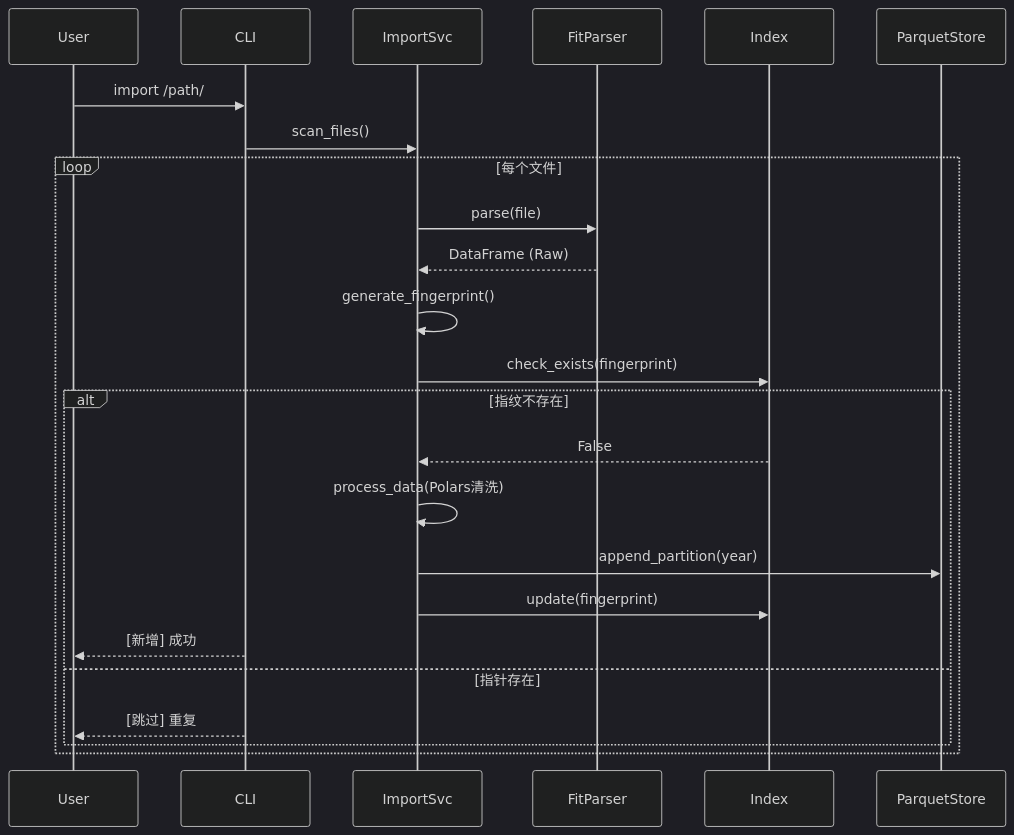
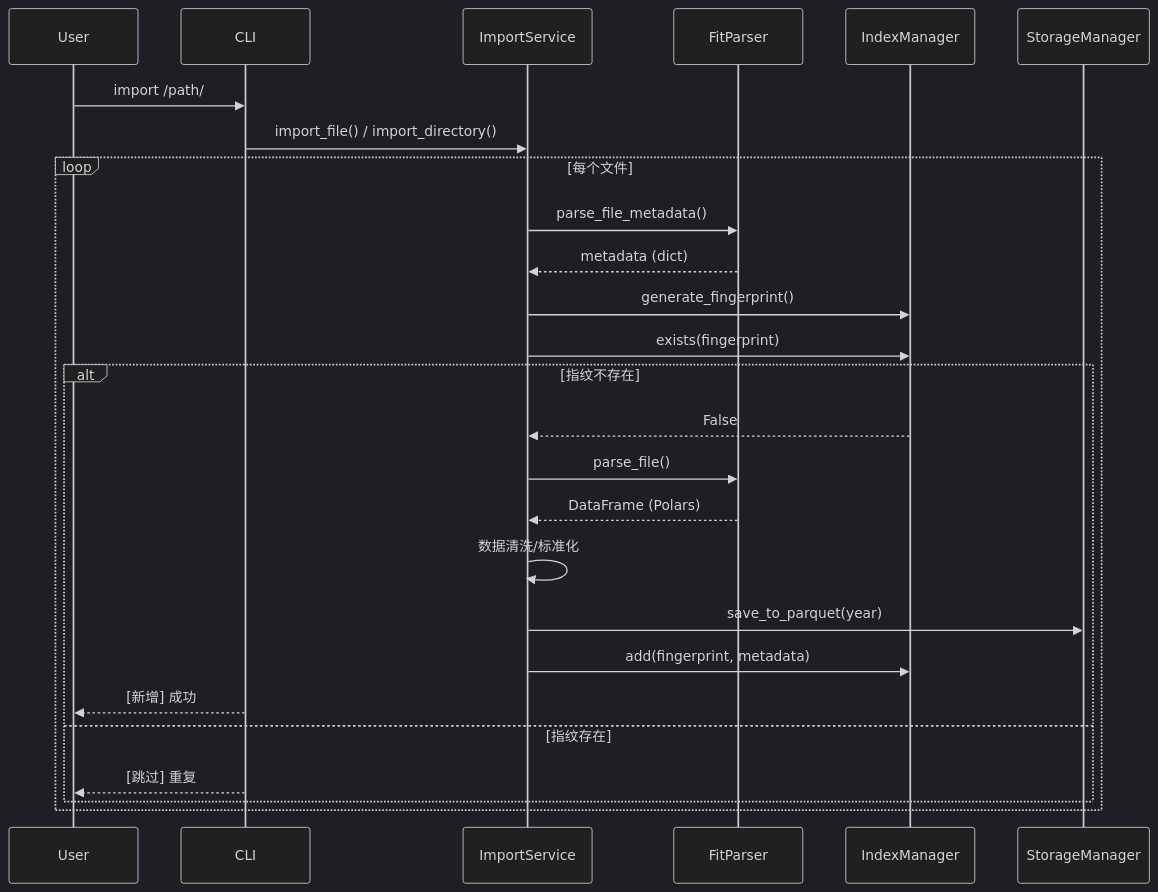
One commit to yecllsl/nanobot-runner changed the second of 2 diagrams in docs/architecture/ARC_架构设计.md. Above: the diagram before and after it, drawn with Mermaid (dark theme). The commit also changed other lines of this file and 4 other files, not shown here.

````diff
--- a/docs/architecture/ARC_架构设计.md
+++ b/docs/architecture/ARC_架构设计.md
@@ -86,29 +95,31 @@
 ```mermaid
 sequenceDiagram
     participant User
     participant CLI
-    participant ImportSvc
+    participant ImportSvc as ImportService
     participant FitParser
-    participant Index
-    participant ParquetStore
+    participant Index as IndexManager
+    participant ParquetStore as StorageManager
     User->>CLI: import /path/
-    CLI->>ImportSvc: scan_files()
+    CLI->>ImportSvc: import_file() / import_directory()
     
     loop 每个文件
-        ImportSvc->>FitParser: parse(file)
-        FitParser-->>ImportSvc: DataFrame (Raw)
+        ImportSvc->>FitParser: parse_file_metadata()
+        FitParser-->>ImportSvc: metadata (dict)
         
-        ImportSvc->>ImportSvc: generate_fingerprint()
-        ImportSvc->>Index: check_exists(fingerprint)
+        ImportSvc->>Index: generate_fingerprint()
+        ImportSvc->>Index: exists(fingerprint)
         
         alt 指纹不存在
             Index-->>ImportSvc: False
-            ImportSvc->>ImportSvc: process_data(Polars清洗)
-            ImportSvc->>ParquetStore: append_partition(year)
-            ImportSvc->>Index: update(fingerprint)
+            ImportSvc->>FitParser: parse_file()
+            FitParser-->>ImportSvc: DataFrame (Polars)
+            ImportSvc->>ImportSvc: 数据清洗/标准化
+            ImportSvc->>ParquetStore: save_to_parquet(year)
+            ImportSvc->>Index: add(fingerprint, metadata)
             CLI-->>User: [新增] 成功
-        else 指针存在
+        else 指纹存在
             CLI-->>User: [跳过] 重复
         end
     end
 ```
````
